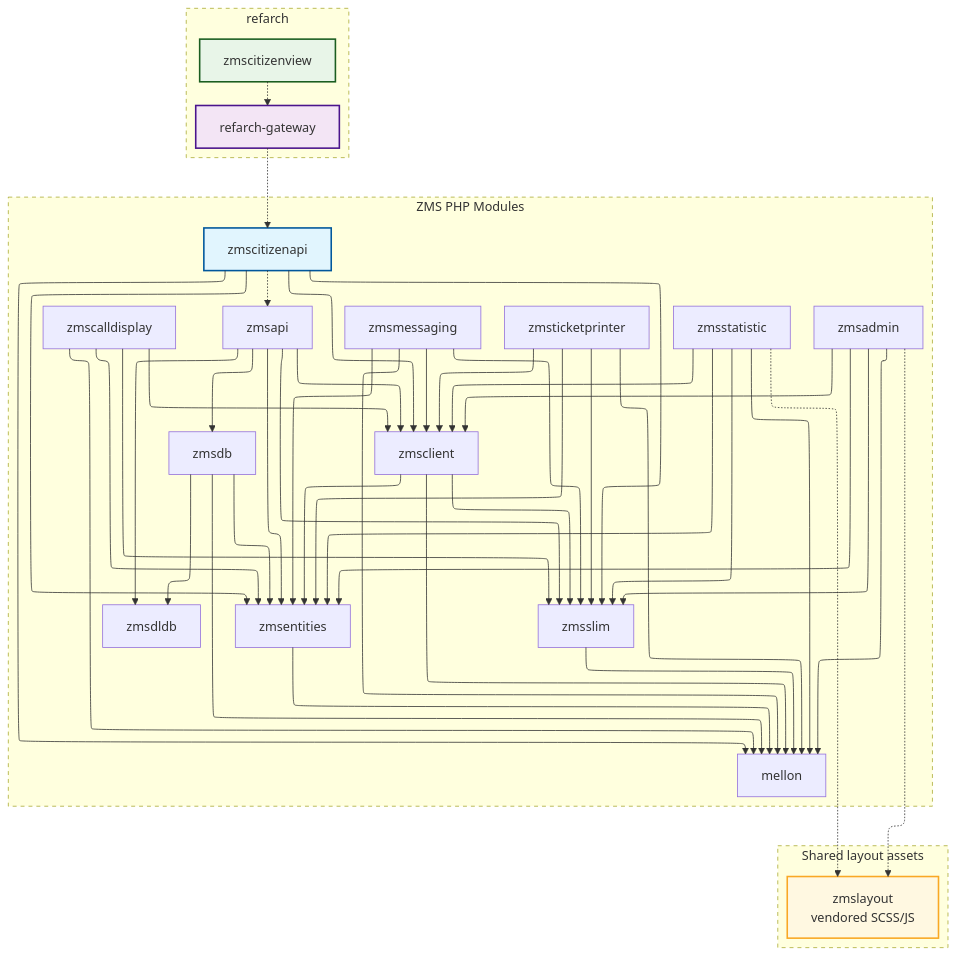
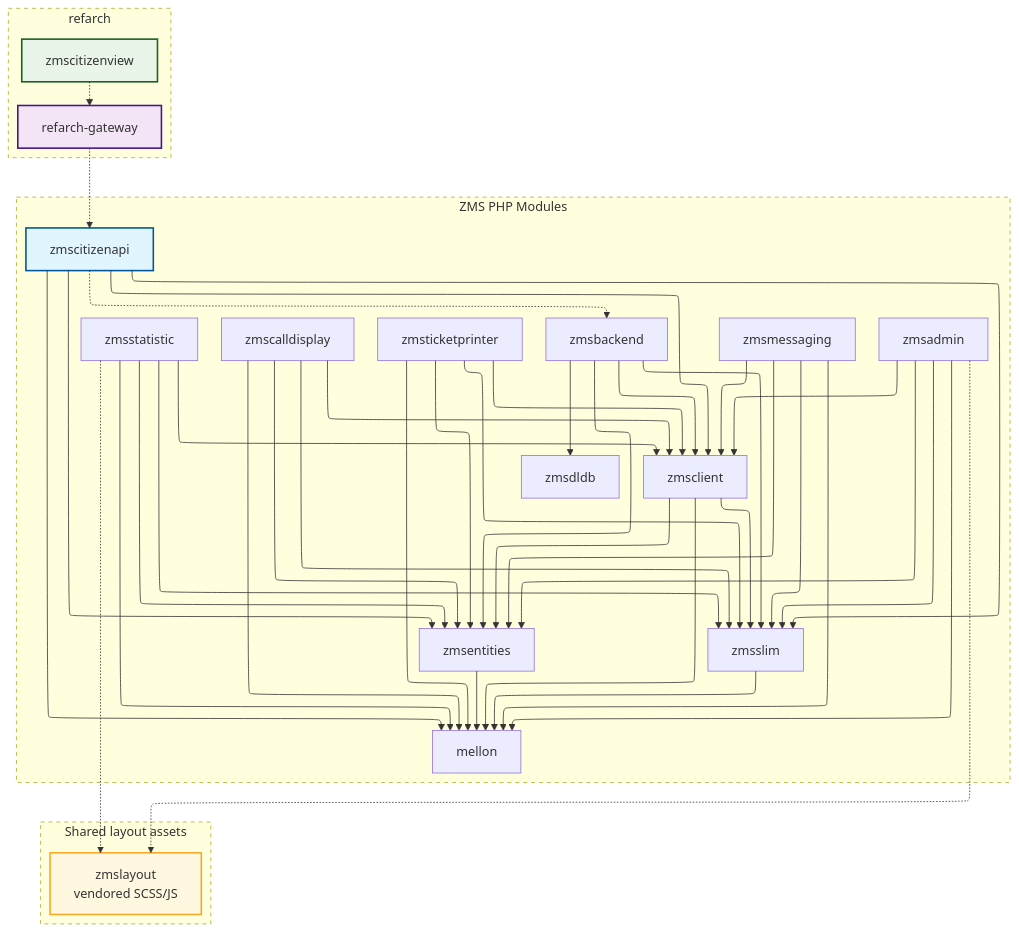
The first of 2 diagrams in docs/en/on-the-future/refarch-roadmap/product-oriented-refarch-roadmap.md (it-at-m/eappointment), drawn with Mermaid before and after one commit. The commit also changed other lines of this file and 32 other files, not shown here.

````diff
--- a/docs/en/on-the-future/refarch-roadmap/product-oriented-refarch-roadmap.md
+++ b/docs/en/on-the-future/refarch-roadmap/product-oriented-refarch-roadmap.md
@@ -36,69 +36,67 @@
 ```mermaid
 %%{init: {"flowchart": {"defaultRenderer": "elk"}} }%%
 graph TD;
     %% Main ZMS module dependencies
-    zmsapi --> zmsslim & zmsclient & zmsdldb & zmsdb & zmsentities;
+    zmsbackend --> zmsslim & zmsclient & zmsdldb & zmsentities;
     zmsadmin --> mellon & zmsclient & zmsslim & zmsentities;
     zmscalldisplay --> mellon & zmsclient & zmsentities & zmsslim;
     zmsstatistic --> mellon & zmsentities & zmsslim & zmsclient;
     zmsmessaging --> mellon & zmsclient & zmsentities & zmsslim;
     zmsticketprinter --> mellon & zmsclient & zmsentities & zmsslim;
 
-    zmsdb --> zmsentities & zmsdldb & mellon;
     zmsclient --> zmsentities & zmsslim & mellon;
     zmsentities --> mellon;
     zmsslim --> mellon;
 
     %% zmscitizenapi dependencies
     zmscitizenapi --> mellon & zmsslim & zmsclient & zmsentities;
 
     %% npm file: dependencies (dashed)
     zmsadmin -.-> zmslayout;
     zmsstatistic -.-> zmslayout;
 
     %% Build dependencies (dashed lines)
-    zmscitizenapi -.-> zmsapi;
+    zmscitizenapi -.-> zmsbackend;
     refarch-gateway -.-> zmscitizenapi;
     zmscitizenview -.-> refarch-gateway;
 
     %% Group refarch-gateway and zmscitizenview into a subgraph
     subgraph refarch [refarch]
         style refarch stroke-dasharray: 5
         refarch-gateway
         zmscitizenview
     end
 
     %% Group remaining modules into dashed PHP-style subgraph
     subgraph zms_modules [ZMS PHP Modules]
         style zms_modules stroke-dasharray: 5, 5, 1, 5
-        zmsapi
+        zmsbackend
         zmsadmin
         zmscalldisplay
         zmsstatistic
         zmsmessaging
         zmsticketprinter
-        zmsdb
         zmsclient
         zmsentities
         zmsslim
         zmsdldb
         mellon
         zmscitizenapi
     end
 
     subgraph shared_frontend [Shared layout assets]
         style shared_frontend stroke-dasharray: 5, 2, 1, 2
         zmslayout["zmslayout<br/>vendored SCSS/JS"]
     end
 
     %% Styling for the three modules
     classDef citizenapi fill:#e1f5fe,stroke:#01579b,stroke-width:2px;
     classDef gateway fill:#f3e5f5,stroke:#4a148c,stroke-width:2px;
     classDef citizenview fill:#e8f5e8,stroke:#1b5e20,stroke-width:2px;
     classDef layout fill:#fff8e1,stroke:#f9a825,stroke-width:2px;
 
     class zmscitizenapi citizenapi;
     class refarch-gateway gateway;
     class zmscitizenview citizenview;
     class zmslayout layout;
 ```
````
